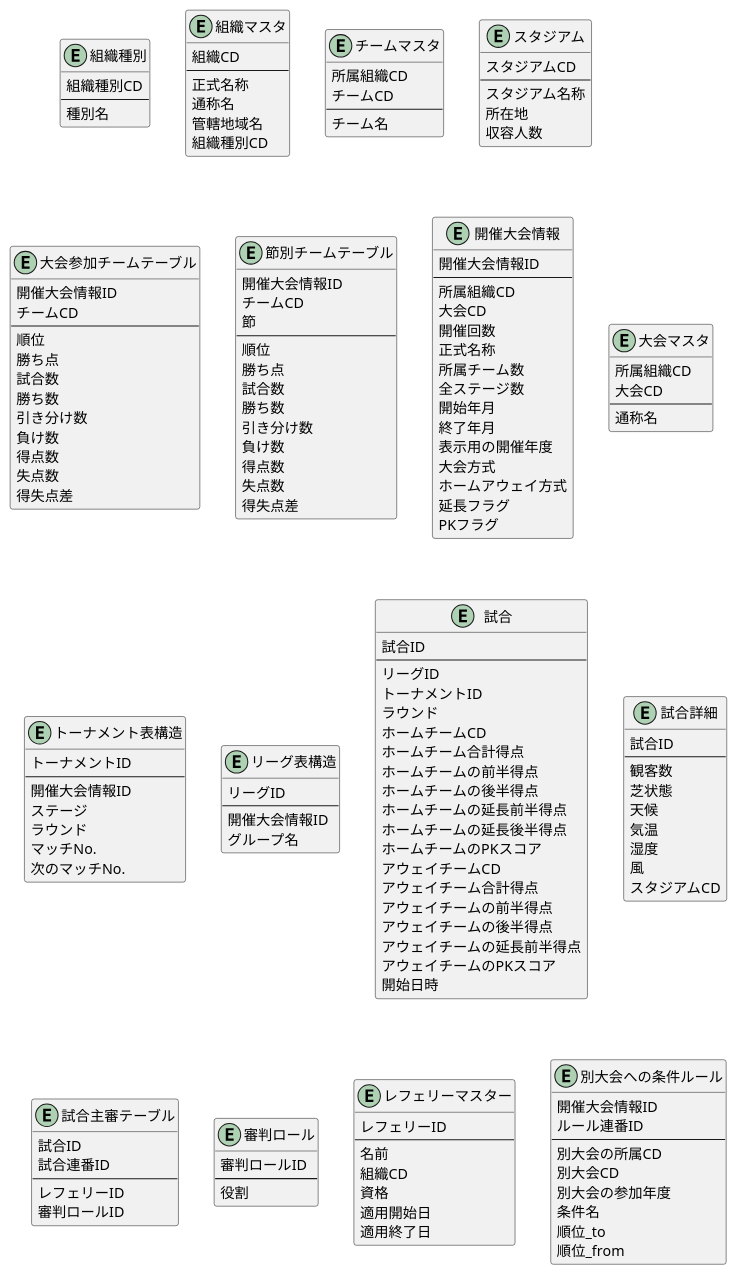
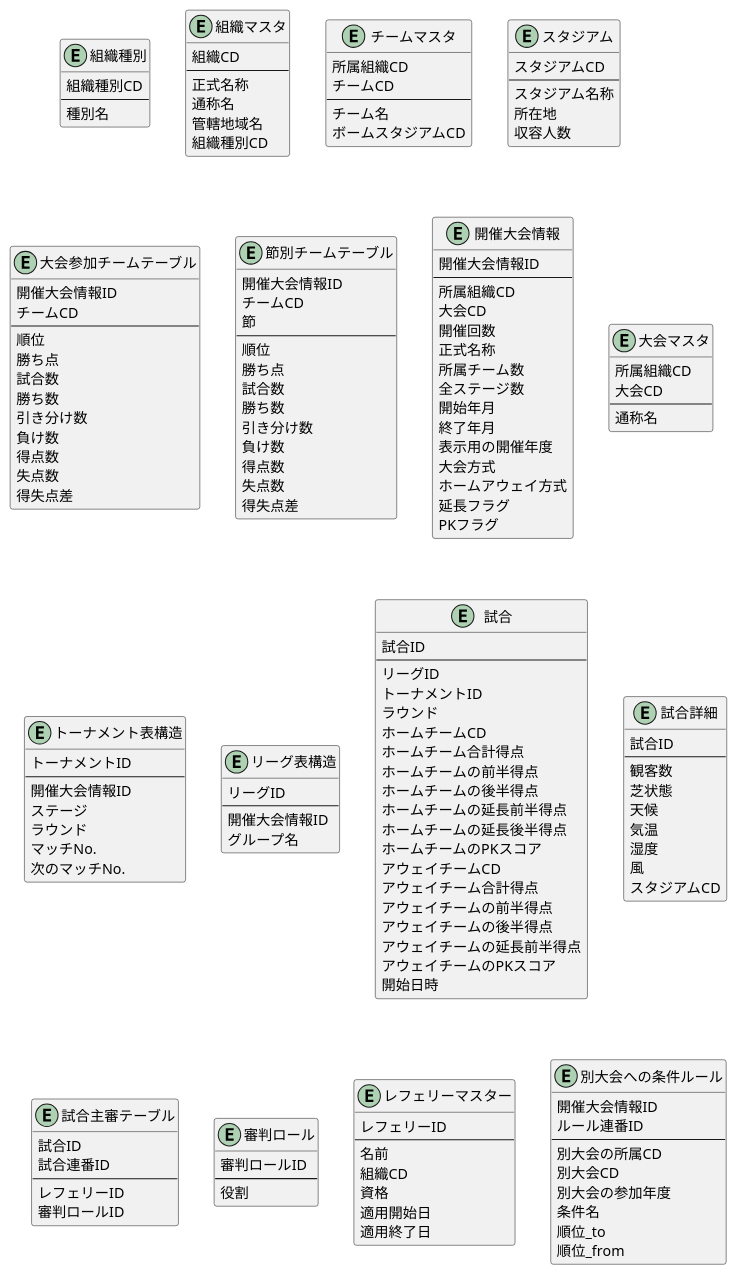
The diagram in soccker_db.puml (LCC-SYamada/SocckerDB_PlantUML), drawn with PlantUML before and after one commit. The commit also changed 1 other file, not shown here.

```diff
--- a/soccker_db.puml
+++ b/soccker_db.puml
@@ -1,177 +1,178 @@
 @startuml
 
 Entity "組織種別" as OrganizationType {
   組織種別CD
   --
   種別名
 }
 
 Entity "組織マスタ" as Organization {
   組織CD
   --
   正式名称
   通称名
   管轄地域名
   組織種別CD
 }
 
 Entity "チームマスタ" as Team {
   所属組織CD
   チームCD
   --
   チーム名
+  ボームスタジアムCD
 }
 
 Entity "スタジアム" as Stadium {
   スタジアムCD
   --
   スタジアム名称
   所在地
   収容人数
 }
 
 Entity "大会参加チームテーブル" as SeaSonTournament {
   開催大会情報ID
   チームCD
   --
   順位
   勝ち点
   試合数
   勝ち数
   引き分け数
   負け数
   得点数
   失点数
   得失点差  
 }
 
 Entity "節別チームテーブル" as MatchDayRank {
   開催大会情報ID
   チームCD
   節
   --
   順位
   勝ち点
   試合数
   勝ち数
   引き分け数
   負け数
   得点数
   失点数
   得失点差  
 }
 
 Entity "開催大会情報" as TournamentInfo {
   開催大会情報ID
   --
   所属組織CD
   大会CD
   開催回数
   正式名称
   所属チーム数
   全ステージ数
   開始年月
   終了年月
   表示用の開催年度
   大会方式
   ホームアウェイ方式
   延長フラグ
   PKフラグ
 }
 
 Entity "大会マスタ" as Tournament {
   所属組織CD
   大会CD
   --
   通称名
 }
 
 Entity "トーナメント表構造" as TournamentTable {
   トーナメントID
   --
   開催大会情報ID
   ステージ
   ラウンド
   マッチNo.
   次のマッチNo.
 }
 
 Entity "リーグ表構造" as LeagueTable {
   リーグID
   --
   開催大会情報ID
   グループ名
 }
 
 Entity "試合" as Match {
   試合ID
   --
   リーグID
   トーナメントID
   ラウンド
   ホームチームCD
   ホームチーム合計得点
   ホームチームの前半得点
   ホームチームの後半得点
   ホームチームの延長前半得点
   ホームチームの延長後半得点
   ホームチームのPKスコア
   アウェイチームCD
   アウェイチーム合計得点
   アウェイチームの前半得点
   アウェイチームの後半得点
   アウェイチームの延長前半得点
   アウェイチームのPKスコア
   開始日時
 }
 
 Entity "試合詳細" as MatchInfo {
   試合ID
   --
   観客数
   芝状態
   天候
   気温
   湿度
   風
   スタジアムCD
 }
 
 Entity "試合主審テーブル" as MatchReferee {
   試合ID
   試合連番ID
   --
   レフェリーID
   審判ロールID
 }
 
 Entity "審判ロール" as RefereeRole {
   審判ロールID
   --
   役割
 }
 
 Entity "レフェリーマスター" as Referee {
   レフェリーID
   --
   名前
   組織CD
   資格
   適用開始日
   適用終了日
 }
 
 
 Entity "別大会への条件ルール" as TournamentDetail {
   開催大会情報ID
   ルール連番ID
   --
   別大会の所属CD
   別大会CD
   別大会の参加年度
   条件名
   順位_to
   順位_from
 }
 
 @enduml
```
